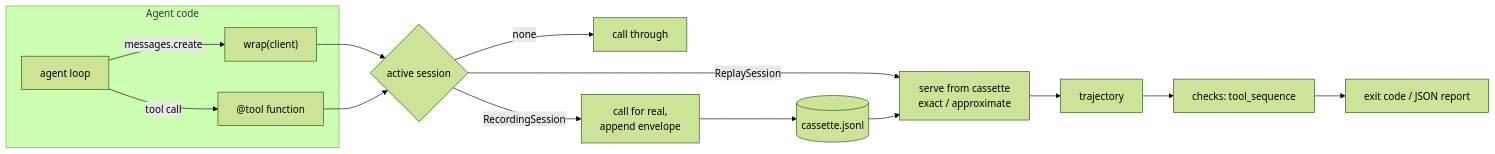
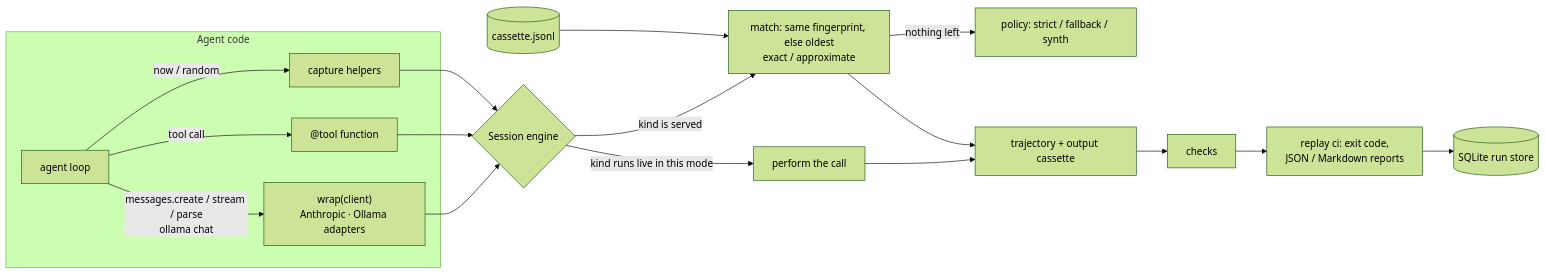
The diagram in README.md (TheAsianFish/agent-replay), drawn with Mermaid (forest theme) before and after one commit. The commit also changed other lines of this file and 83 other files, not shown here.

First line of the commit message:
M2: Replay engine and checks library — modes `full`, `model-live`, `tools-live`; fingerprint matching with c (#3)

````diff
--- a/README.md
+++ b/README.md
@@ -196,14 +310,19 @@
 ```mermaid
 flowchart LR
   subgraph Agent code
-    A[agent loop] -->|messages.create| W["wrap(client)"]
+    A[agent loop] -->|messages.create / stream / parse<br/>ollama chat| W["wrap(client)<br/>Anthropic · Ollama adapters"]
     A -->|tool call| T["@tool function"]
+    A -->|now / random| N[capture helpers]
   end
-  W --> S{active session}
+  W --> S{Session engine}
   T --> S
-  S -->|none| P[call through]
-  S -->|RecordingSession| R[call for real,<br/>append envelope] --> C[(cassette.jsonl)]
-  S -->|ReplaySession| Q[serve from cassette<br/>exact / approximate] --> TR[trajectory]
-  C --> Q
-  TR --> K[checks: tool_sequence] --> X[exit code / JSON report]
+  N --> S
+  S -->|kind runs live in this mode| L[perform the call]
+  S -->|kind is served| M[match: same fingerprint, else oldest<br/>exact / approximate]
+  M -->|nothing left| P[policy: strict / fallback / synth]
+  C[(cassette.jsonl)] --> M
+  L --> TR[trajectory + output cassette]
+  M --> TR
+  TR --> K[checks] --> CI[replay ci: exit code,<br/>JSON / Markdown reports]
+  CI --> DB[(SQLite run store)]
 ```
````
